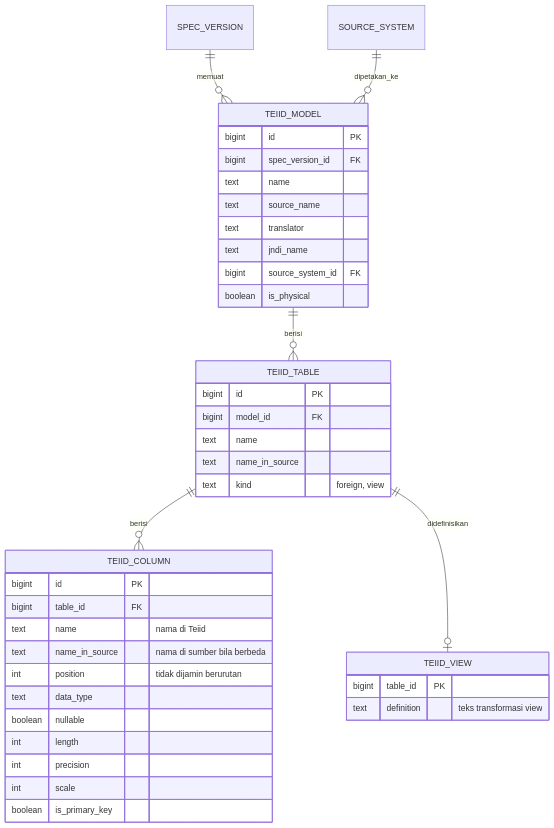
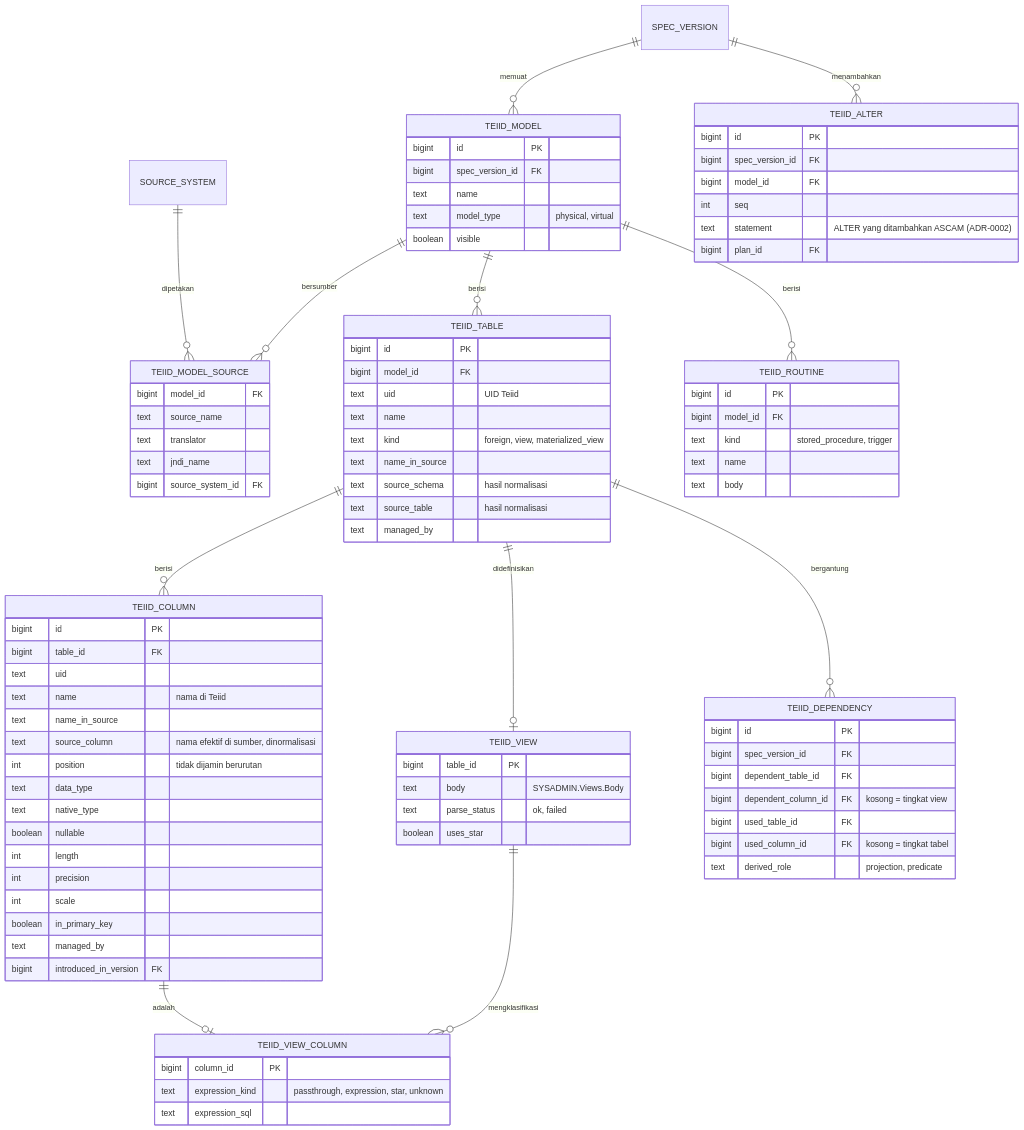
The third of 7 diagrams in docs/knowledge/README.md (rahilaode/data-federation-dev), drawn with Mermaid before and after one commit. The commit also changed other lines of this file and 2 other files, not shown here.

Commit message:
ADR-0006: dependensi view Teiid (hasil F0.7); rancangan Knowledge v2: graf lineage ujung-ke-ujung, view, kepemilikan elemen, kebijakan, konsistensi, read model UI

````diff
--- a/docs/knowledge/README.md
+++ b/docs/knowledge/README.md
@@ -135,43 +191,93 @@
 ```mermaid
 erDiagram
     SPEC_VERSION ||--o{ TEIID_MODEL : memuat
+    TEIID_MODEL ||--o{ TEIID_MODEL_SOURCE : bersumber
+    SOURCE_SYSTEM ||--o{ TEIID_MODEL_SOURCE : dipetakan
     TEIID_MODEL ||--o{ TEIID_TABLE : berisi
     TEIID_TABLE ||--o{ TEIID_COLUMN : berisi
     TEIID_TABLE ||--o| TEIID_VIEW : didefinisikan
-    SOURCE_SYSTEM ||--o{ TEIID_MODEL : dipetakan_ke
+    TEIID_VIEW ||--o{ TEIID_VIEW_COLUMN : mengklasifikasi
+    TEIID_COLUMN ||--o| TEIID_VIEW_COLUMN : adalah
+    TEIID_TABLE ||--o{ TEIID_DEPENDENCY : bergantung
+    TEIID_MODEL ||--o{ TEIID_ROUTINE : berisi
+    SPEC_VERSION ||--o{ TEIID_ALTER : menambahkan
 
     TEIID_MODEL {
         bigint id PK
         bigint spec_version_id FK
         text name
+        text model_type "physical, virtual"
+        boolean visible
+    }
+    TEIID_MODEL_SOURCE {
+        bigint model_id FK
         text source_name
         text translator
         text jndi_name
         bigint source_system_id FK
-        boolean is_physical
     }
     TEIID_TABLE {
         bigint id PK
         bigint model_id FK
+        text uid "UID Teiid"
         text name
+        text kind "foreign, view, materialized_view"
         text name_in_source
-        text kind "foreign, view"
+        text source_schema "hasil normalisasi"
+        text source_table "hasil normalisasi"
+        text managed_by
     }
     TEIID_COLUMN {
         bigint id PK
         bigint table_id FK
+        text uid
         text name "nama di Teiid"
-        text name_in_source "nama di sumber bila berbeda"
+        text name_in_source
+        text source_column "nama efektif di sumber, dinormalisasi"
         int position "tidak dijamin berurutan"
         text data_type
+        text native_type
         boolean nullable
         int length
         int precision
         int scale
-        boolean is_primary_key
+        boolean in_primary_key
+        text managed_by
+        bigint introduced_in_version FK
     }
     TEIID_VIEW {
         bigint table_id PK
-        text definition "teks transformasi view"
+        text body "SYSADMIN.Views.Body"
+        text parse_status "ok, failed"
+        boolean uses_star
+    }
+    TEIID_VIEW_COLUMN {
+        bigint column_id PK
+        text expression_kind "passthrough, expression, star, unknown"
+        text expression_sql
+    }
+    TEIID_DEPENDENCY {
+        bigint id PK
+        bigint spec_version_id FK
+        bigint dependent_table_id FK
+        bigint dependent_column_id FK "kosong = tingkat view"
+        bigint used_table_id FK
+        bigint used_column_id FK "kosong = tingkat tabel"
+        text derived_role "projection, predicate"
+    }
+    TEIID_ROUTINE {
+        bigint id PK
+        bigint model_id FK
+        text kind "stored_procedure, trigger"
+        text name
+        text body
+    }
+    TEIID_ALTER {
+        bigint id PK
+        bigint spec_version_id FK
+        bigint model_id FK
+        int seq
+        text statement "ALTER yang ditambahkan ASCAM (ADR-0002)"
+        bigint plan_id FK
     }
 ```
````
